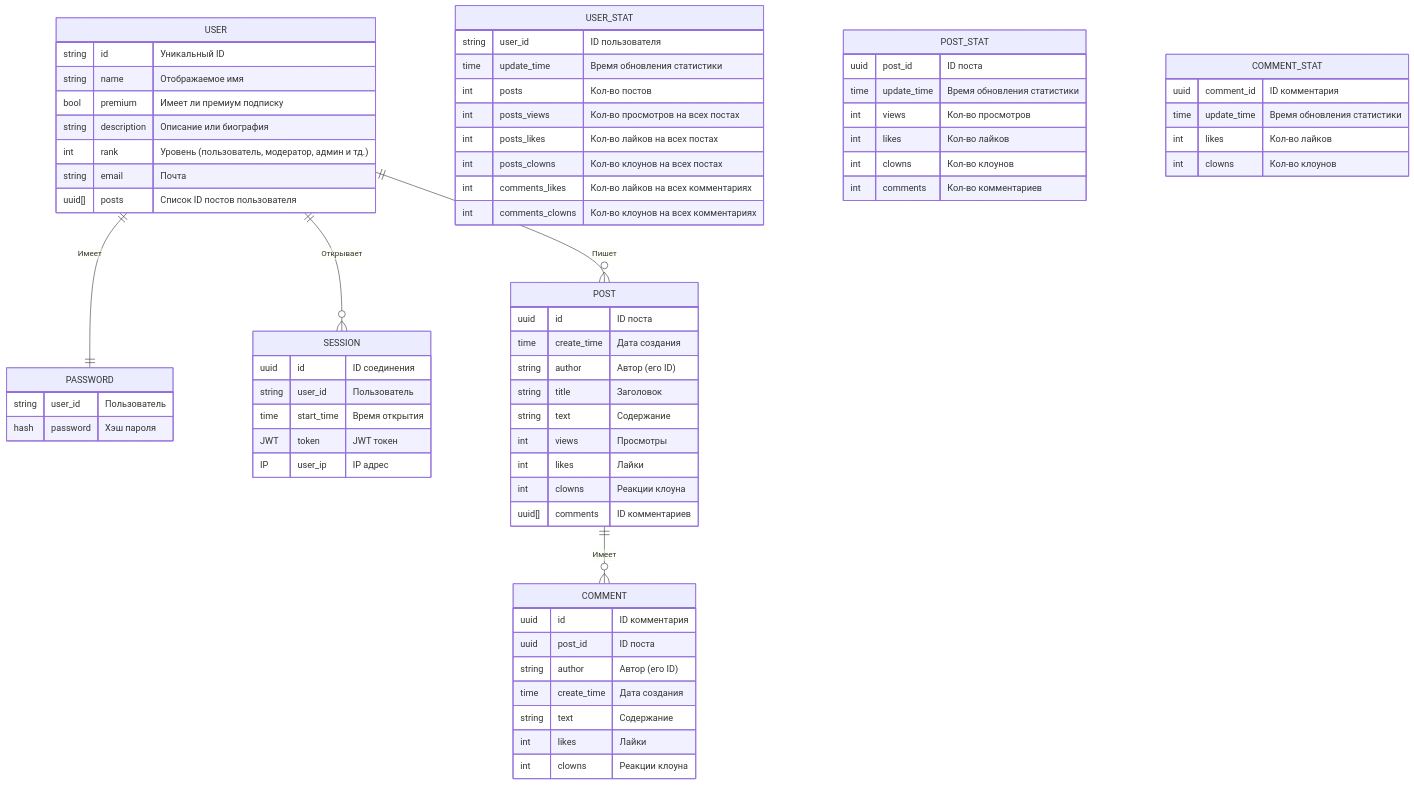
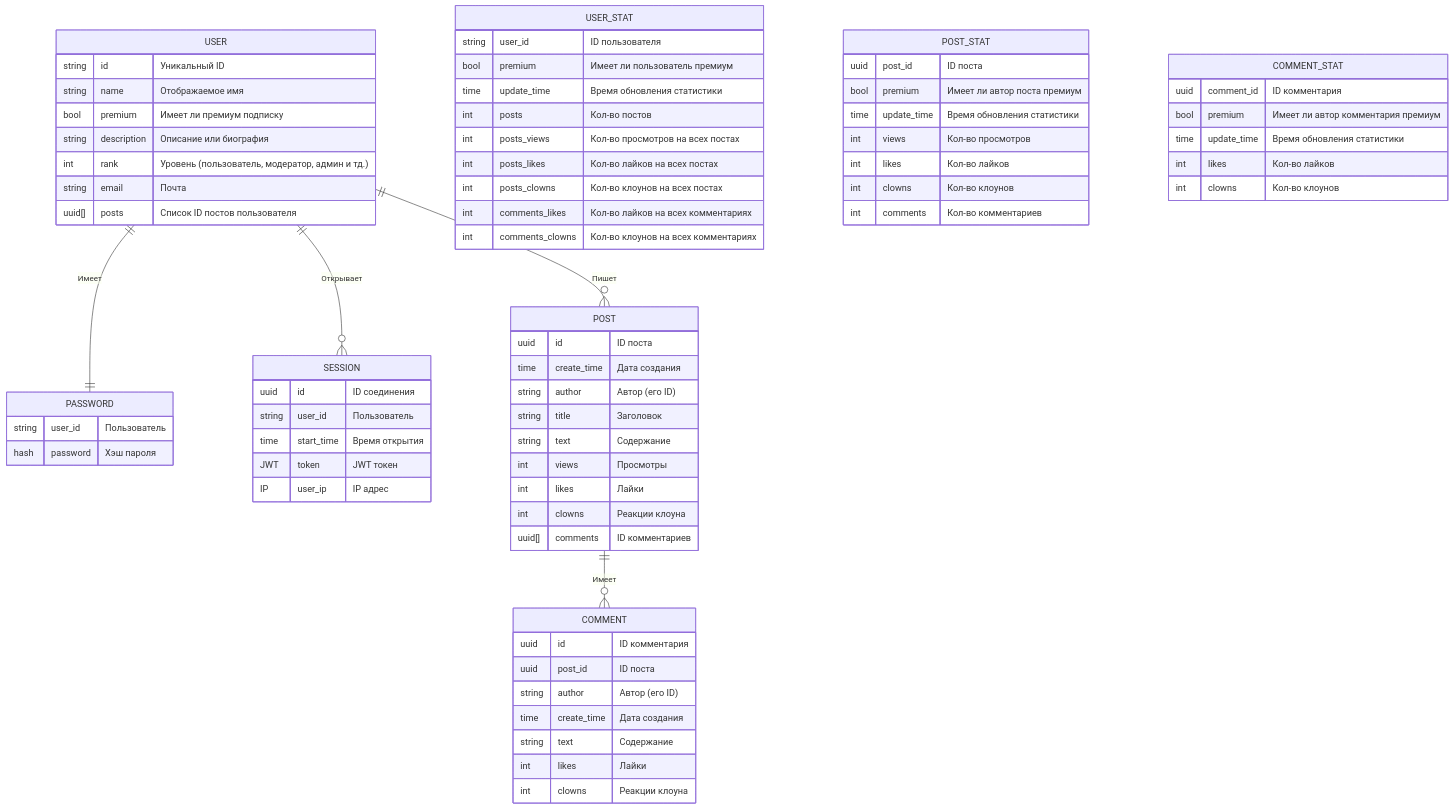
The diagram in docs/er.mermaid (ttser1085/Social-Network), drawn with Mermaid before and after one commit.

```diff
--- a/docs/er.mermaid
+++ b/docs/er.mermaid
@@ -1,77 +1,80 @@
 erDiagram
     USER {
         string id "Уникальный ID"
         string name "Отображаемое имя"
         bool premium "Имеет ли премиум подписку"
         string description "Описание или биография"
         int rank "Уровень (пользователь, модератор, админ и тд.)"
         string email "Почта"
         uuid[] posts "Список ID постов пользователя"
     }
 
     PASSWORD {
         string user_id "Пользователь"
         hash password "Хэш пароля"
     }
 
     SESSION {
         uuid id "ID соединения"
         string user_id "Пользователь"
         time start_time "Время открытия"
         JWT token "JWT токен"
         IP user_ip "IP адрес"
     }
 
     POST {
         uuid id "ID поста"
         time create_time "Дата создания"
         string author "Автор (его ID)"
         string title "Заголовок"
         string text "Содержание"
         int views "Просмотры"
         int likes "Лайки"
         int clowns "Реакции клоуна"
         uuid[] comments "ID комментариев"
     }
 
     COMMENT {
         uuid id "ID комментария"
         uuid post_id "ID поста"
         string author "Автор (его ID)"
         time create_time "Дата создания"
         string text "Содержание"
         int likes "Лайки"
         int clowns "Реакции клоуна"
     }
 
     USER_STAT {
         string user_id "ID пользователя"
+        bool premium "Имеет ли пользователь премиум"
         time update_time "Время обновления статистики"
         int posts "Кол-во постов"
         int posts_views "Кол-во просмотров на всех постах"
         int posts_likes "Кол-во лайков на всех постах"
         int posts_clowns "Кол-во клоунов на всех постах"
         int comments_likes "Кол-во лайков на всех комментариях"
         int comments_clowns "Кол-во клоунов на всех комментариях"
     }
 
     POST_STAT {
         uuid post_id "ID поста"
+        bool premium "Имеет ли автор поста премиум"
         time update_time "Время обновления статистики"
         int views "Кол-во просмотров"
         int likes "Кол-во лайков"
         int clowns "Кол-во клоунов"
         int comments "Кол-во комментариев"
     }
 
     COMMENT_STAT {
         uuid comment_id "ID комментария"
+        bool premium "Имеет ли автор комментария премиум"
         time update_time "Время обновления статистики"
         int likes "Кол-во лайков"
         int clowns "Кол-во клоунов"
     }
 
     USER ||--|| PASSWORD : "Имеет"
     USER ||--o{ SESSION : "Открывает"
     USER ||--o{ POST : "Пишет"
     POST ||--o{ COMMENT : "Имеет"
```
